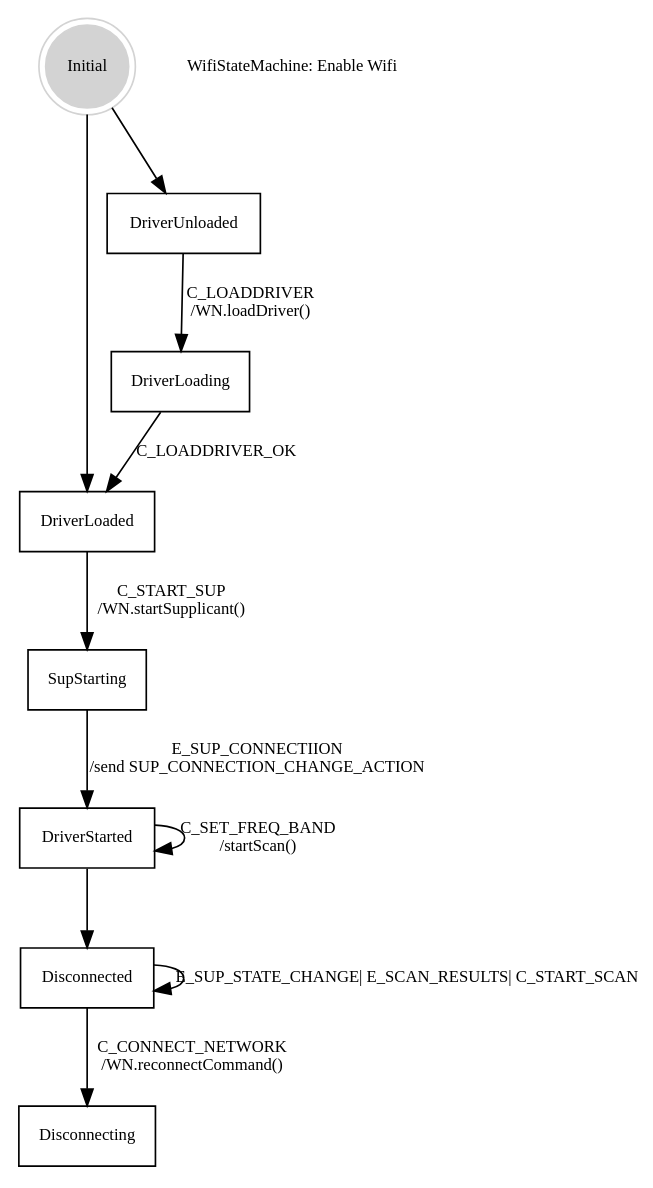
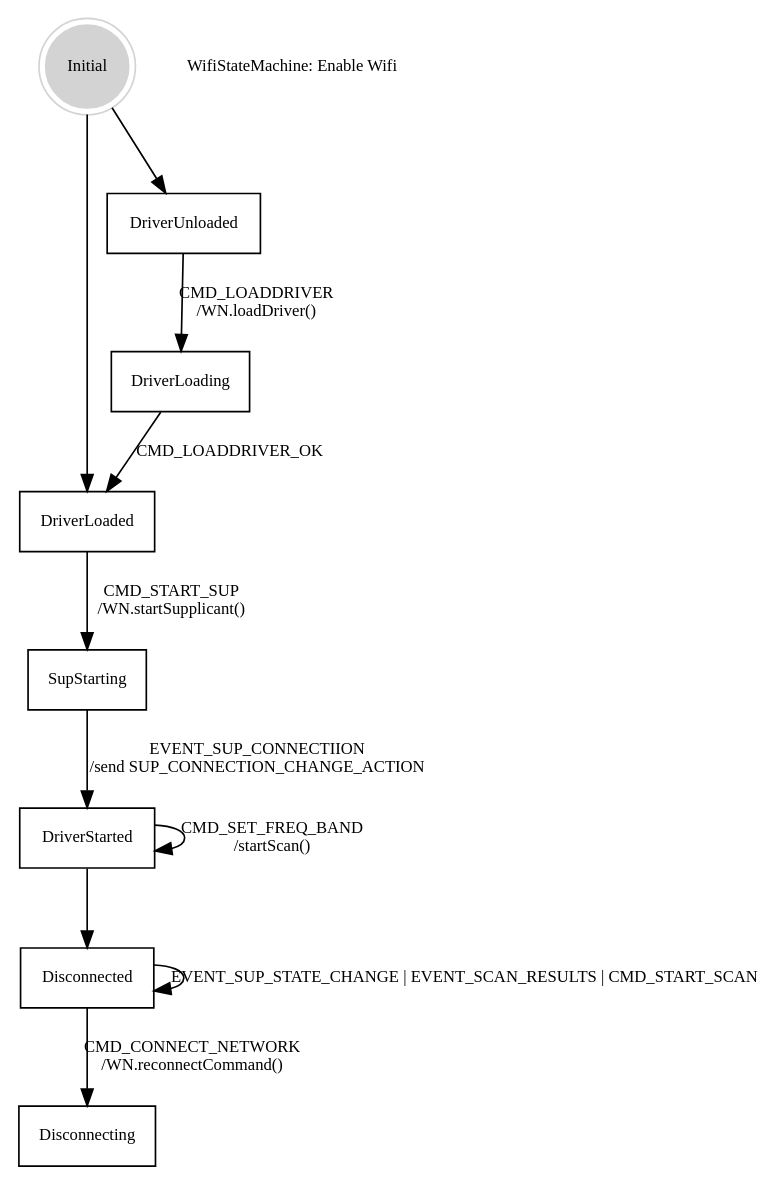
The diagram in SM_EnableWifi.dot (greatgauss/graphviz_script), drawn with Graphviz before and after one commit. The commit also changed 5 other files, not shown here.

```diff
--- a/SM_EnableWifi.dot
+++ b/SM_EnableWifi.dot
@@ -1,20 +1,20 @@
 
 digraph automata_0 {
 	size = "8.5, 11";
 	fontname = "Microsoft YaHei";
 	fontsize = 15;
 	node [shape = record, fontname = "Microsoft YaHei", fontsize = 10];
 	edge [fontname = "Microsoft YaHei", fontsize = 10];
 	Initial [ style = filled, shape = doublecircle, color=lightgrey ];
 	Initial -> DriverLoaded [ label = " " ];
 	Initial-> DriverUnloaded  [ label = " " ];
-	DriverUnloaded   -> DriverLoading [ label = "C_LOADDRIVER\n/WN.loadDriver() " ];
-	DriverLoading  -> DriverLoaded [ label = "C_LOADDRIVER_OK " ];
-	DriverLoaded  -> SupStarting [ label = "C_START_SUP\n/WN.startSupplicant() " ];
-	SupStarting  -> DriverStarted [ label = "E_SUP_CONNECTIION\n/send SUP_CONNECTION_CHANGE_ACTION " ];
-	DriverStarted -> DriverStarted [ label = "C_SET_FREQ_BAND\n/startScan() " ];
+	DriverUnloaded   -> DriverLoading [ label = "CMD_LOADDRIVER\n/WN.loadDriver() " ];
+	DriverLoading  -> DriverLoaded [ label = "CMD_LOADDRIVER_OK " ];
+	DriverLoaded  -> SupStarting [ label = "CMD_START_SUP\n/WN.startSupplicant() " ];
+	SupStarting  -> DriverStarted [ label = "EVENT_SUP_CONNECTIION\n/send SUP_CONNECTION_CHANGE_ACTION " ];
+	DriverStarted -> DriverStarted [ label = "CMD_SET_FREQ_BAND\n/startScan() " ];
 	DriverStarted -> Disconnected[ label = " " ];
-	Disconnected -> Disconnected[ label = "E_SUP_STATE_CHANGE| E_SCAN_RESULTS| C_START_SCAN" ];
-	Disconnected -> Disconnecting[ label = "C_CONNECT_NETWORK\n/WN.reconnectCommand() " ];
+	Disconnected -> Disconnected[ label = "EVENT_SUP_STATE_CHANGE | EVENT_SCAN_RESULTS | CMD_START_SCAN" ];
+	Disconnected -> Disconnecting[ label = "CMD_CONNECT_NETWORK\n/WN.reconnectCommand() " ];
 	"WifiStateMachine: Enable Wifi" [ shape = plaintext ];
 }
```
